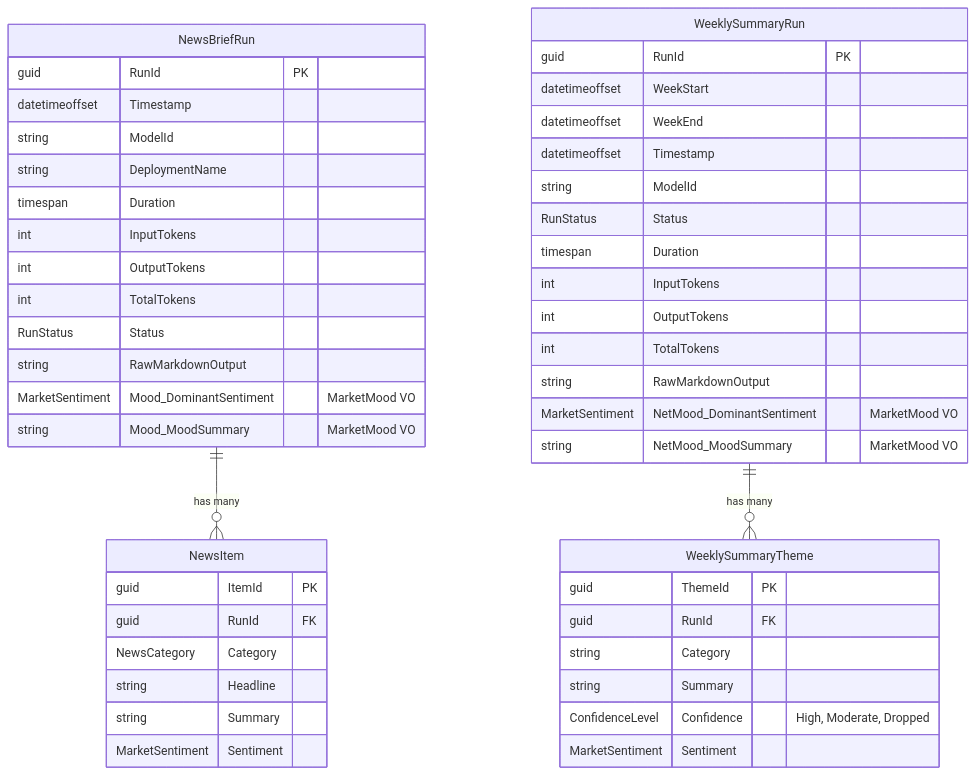
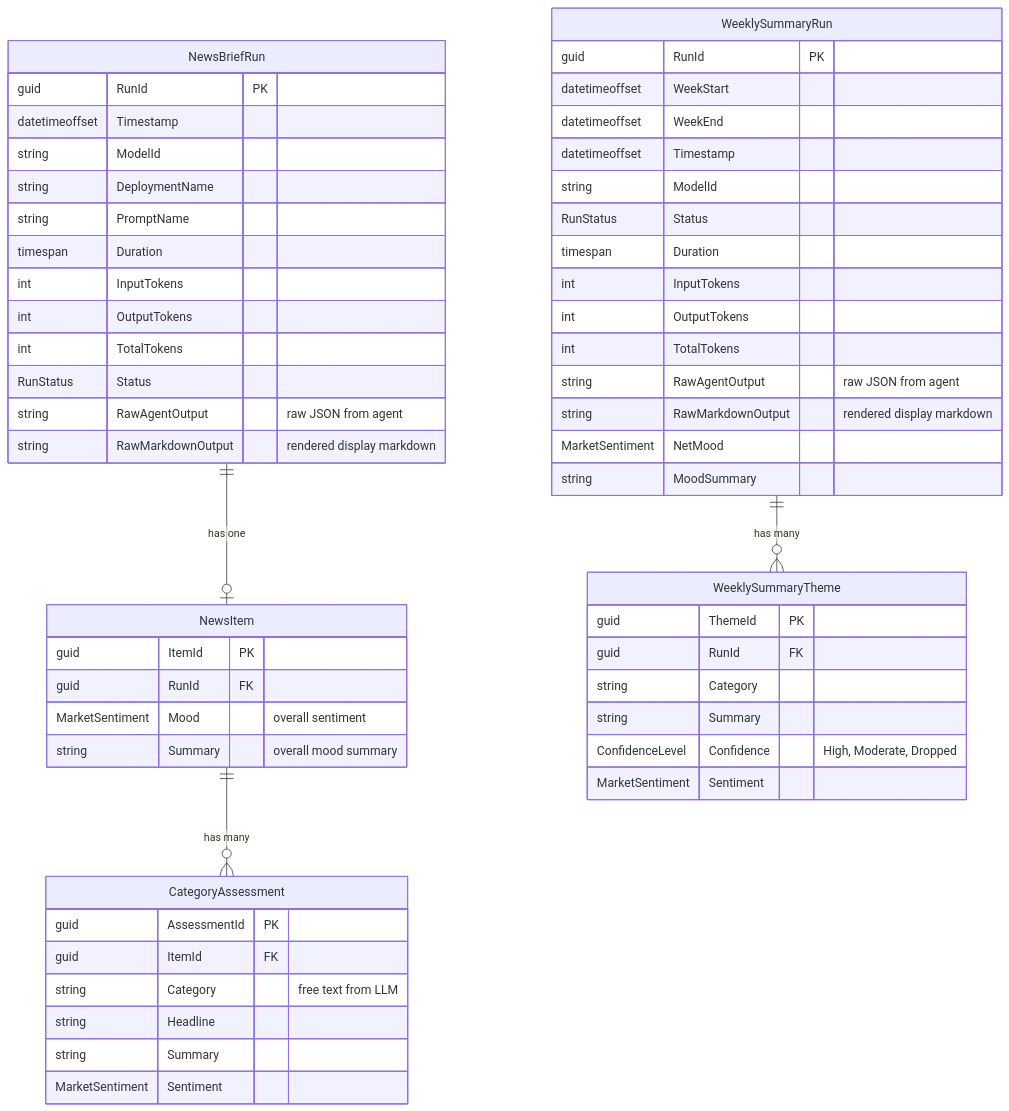
Before and after one commit to Muhomorik/KanelBulleKapital: the second of 5 diagrams in docs/step2-weekly-summary-agent.md, drawn with Mermaid. The commit also changed other lines of this file, not shown here.

Commit message:
Revise Step 2 documentation to reflect changes in input/output schema, parsing logic, and data models. Update agent prompt, persistence details, and example outputs for clarity and consistency.

````diff
--- a/docs/step2-weekly-summary-agent.md
+++ b/docs/step2-weekly-summary-agent.md
@@ -52,53 +56,63 @@
 ```mermaid
 erDiagram
-    NewsBriefRun ||--o{ NewsItem : "has many"
+    NewsBriefRun ||--o| NewsItem : "has one"
+    NewsItem ||--o{ CategoryAssessment : "has many"
+
     NewsBriefRun {
         guid RunId PK
         datetimeoffset Timestamp
         string ModelId
         string DeploymentName
+        string PromptName
         timespan Duration
         int InputTokens
         int OutputTokens
         int TotalTokens
         RunStatus Status
-        string RawMarkdownOutput
-        MarketSentiment Mood_DominantSentiment "MarketMood VO"
-        string Mood_MoodSummary "MarketMood VO"
+        string RawAgentOutput "raw JSON from agent"
+        string RawMarkdownOutput "rendered display markdown"
     }
 
     NewsItem {
         guid ItemId PK
         guid RunId FK
-        NewsCategory Category
+        MarketSentiment Mood "overall sentiment"
+        string Summary "overall mood summary"
+    }
+
+    CategoryAssessment {
+        guid AssessmentId PK
+        guid ItemId FK
+        string Category "free text from LLM"
         string Headline
         string Summary
         MarketSentiment Sentiment
     }
 
     WeeklySummaryRun ||--o{ WeeklySummaryTheme : "has many"
     WeeklySummaryRun {
         guid RunId PK
         datetimeoffset WeekStart
         datetimeoffset WeekEnd
         datetimeoffset Timestamp
         string ModelId
         RunStatus Status
         timespan Duration
         int InputTokens
         int OutputTokens
         int TotalTokens
-        string RawMarkdownOutput
-        MarketSentiment NetMood_DominantSentiment "MarketMood VO"
-        string NetMood_MoodSummary "MarketMood VO"
+        string RawAgentOutput "raw JSON from agent"
+        string RawMarkdownOutput "rendered display markdown"
+        MarketSentiment NetMood
+        string MoodSummary
     }
 
     WeeklySummaryTheme {
         guid ThemeId PK
         guid RunId FK
         string Category
         string Summary
         ConfidenceLevel Confidence "High, Moderate, Dropped"
         MarketSentiment Sentiment
     }
 ```
````
